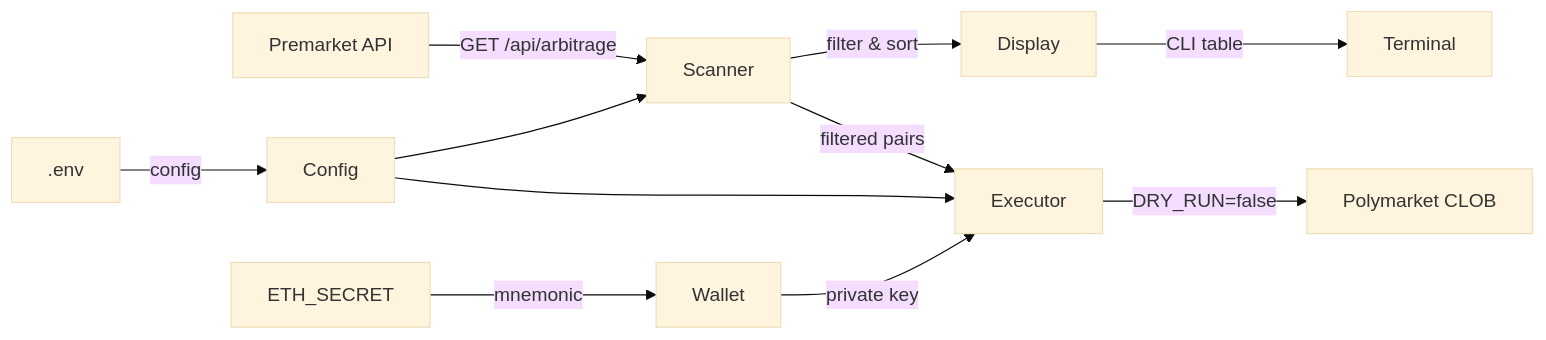
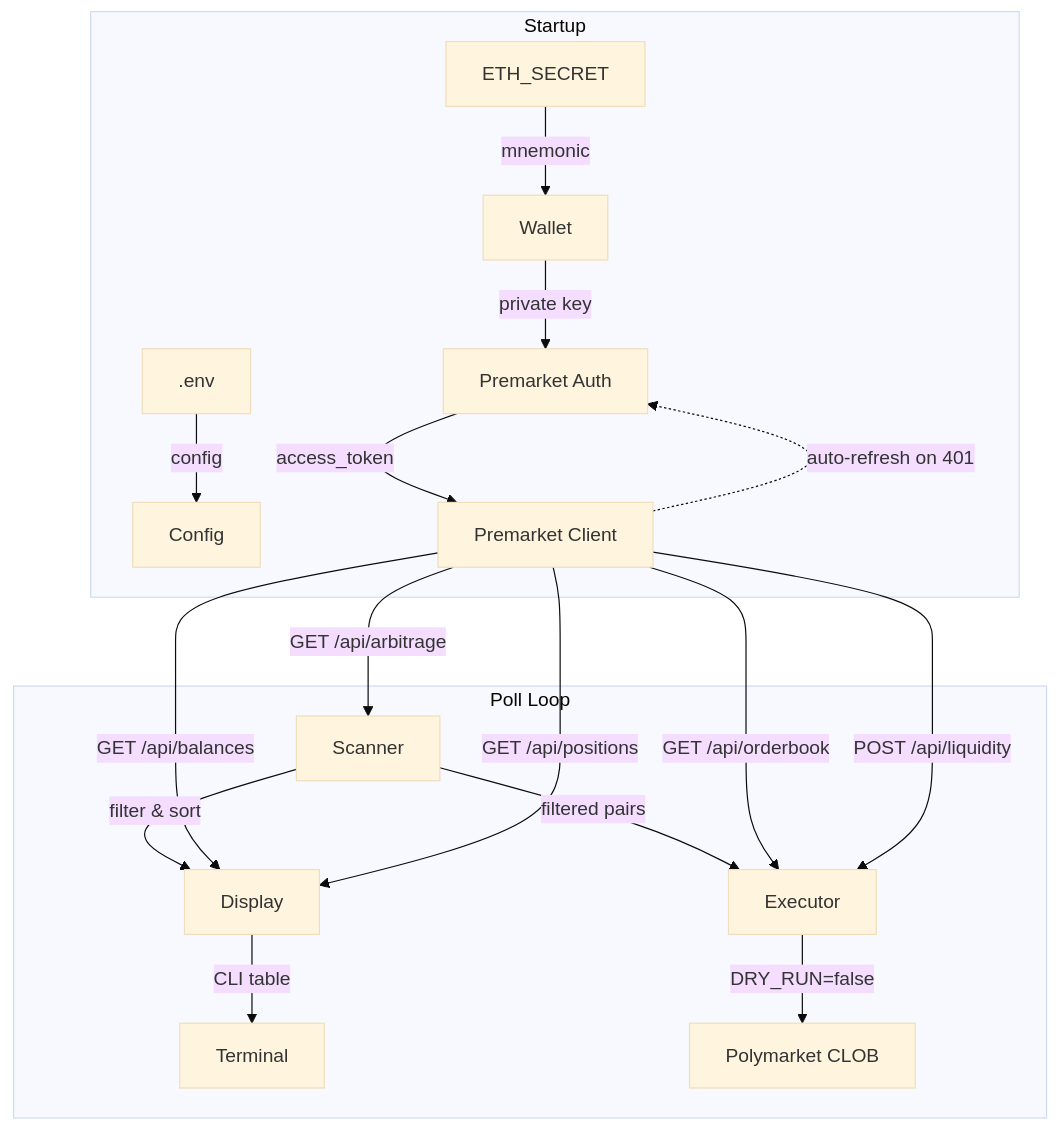
The diagram in docs/architecture.md (suenot/premarket-arbitrage-bot), drawn with Mermaid (base theme) before and after one commit. The commit also changed other lines of this file and 3 other files, not shown here.

````diff
--- a/docs/architecture.md
+++ b/docs/architecture.md
@@ -33,15 +42,25 @@
 ```mermaid
-graph LR
-    A[Premarket API] -->|GET /api/arbitrage| B[Scanner]
-    B -->|filter & sort| C[Display]
-    C -->|CLI table| D[Terminal]
-    B -->|filtered pairs| E[Executor]
-    E -->|DRY_RUN=false| F[Polymarket CLOB]
+graph TD
+    subgraph Startup
+        ENV[.env] -->|config| CFG[Config]
+        SEED[ETH_SECRET] -->|mnemonic| WAL[Wallet]
+        WAL -->|private key| AUTH[Premarket Auth]
+        AUTH -->|access_token| PM[Premarket Client]
+    end
 
-    G[.env] -->|config| H[Config]
-    H --> B
-    H --> E
+    subgraph "Poll Loop"
+        PM -->|GET /api/arbitrage| SCAN[Scanner]
+        SCAN -->|filter & sort| DISP[Display]
+        DISP -->|CLI table| TERM[Terminal]
 
-    I[ETH_SECRET] -->|mnemonic| J[Wallet]
-    J -->|private key| E
+        PM -->|GET /api/balances| DISP
+        PM -->|GET /api/positions| DISP
+
+        SCAN -->|filtered pairs| EXEC[Executor]
+        PM -->|GET /api/orderbook| EXEC
+        PM -->|POST /api/liquidity| EXEC
+        EXEC -->|DRY_RUN=false| CLOB[Polymarket CLOB]
+    end
+
+    PM -.->|auto-refresh on 401| AUTH
 ```
````
